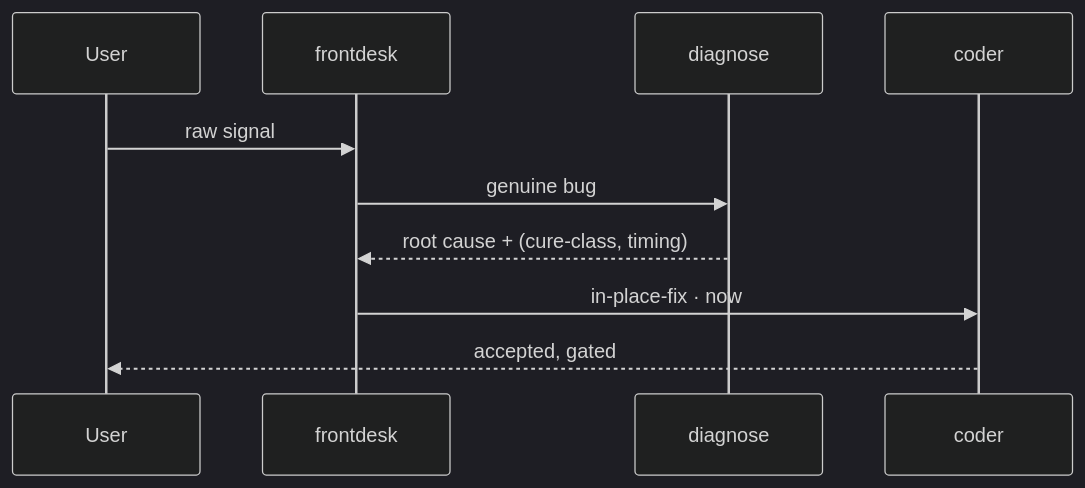
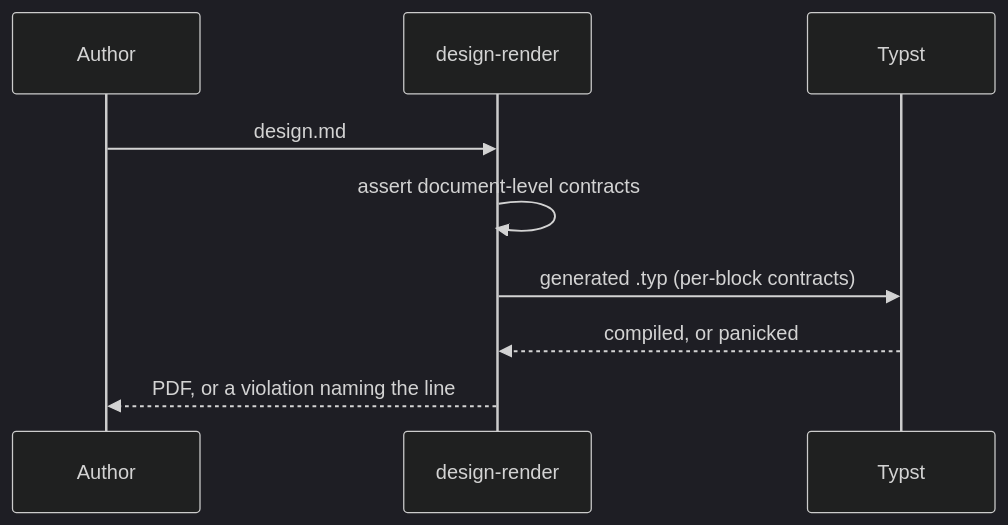
One commit to lostbean/design-layer changed the third of 3 diagrams in fixtures/widget-gallery.md. Above: the diagram before and after it, drawn with Mermaid (dark theme). The commit also changed other lines of this file, not shown here.

````diff
--- a/fixtures/widget-gallery.md
+++ b/fixtures/widget-gallery.md
@@ -362,12 +367,11 @@
 ```mermaid
 sequenceDiagram
-    participant U as User
-    participant F as frontdesk
-    participant D as diagnose
-    participant C as coder
-    U->>F: raw signal
-    F->>D: genuine bug
-    D-->>F: root cause + (cure-class, timing)
-    F->>C: in-place-fix · now
-    C-->>U: accepted, gated
+    participant Author
+    participant Gate as design-render
+    participant Typst
+    Author->>Gate: design.md
+    Gate->>Gate: assert document-level contracts
+    Gate->>Typst: generated .typ (per-block contracts)
+    Typst-->>Gate: compiled, or panicked
+    Gate-->>Author: PDF, or a violation naming the line
 ```
````
